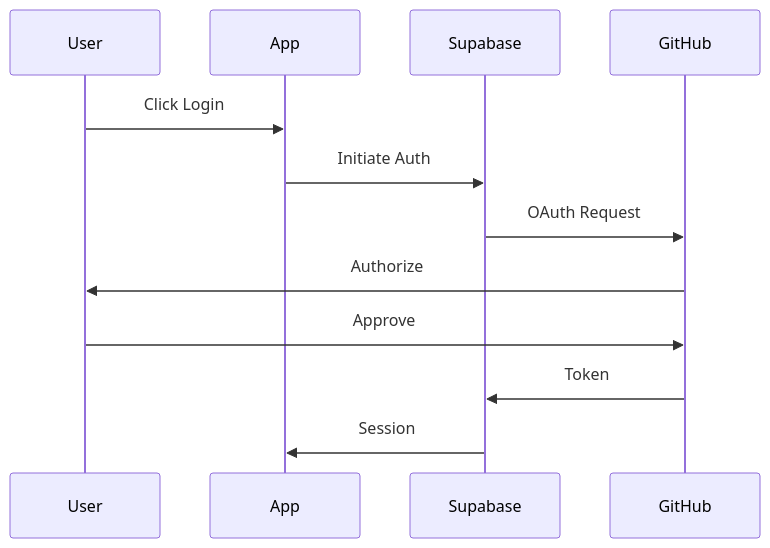
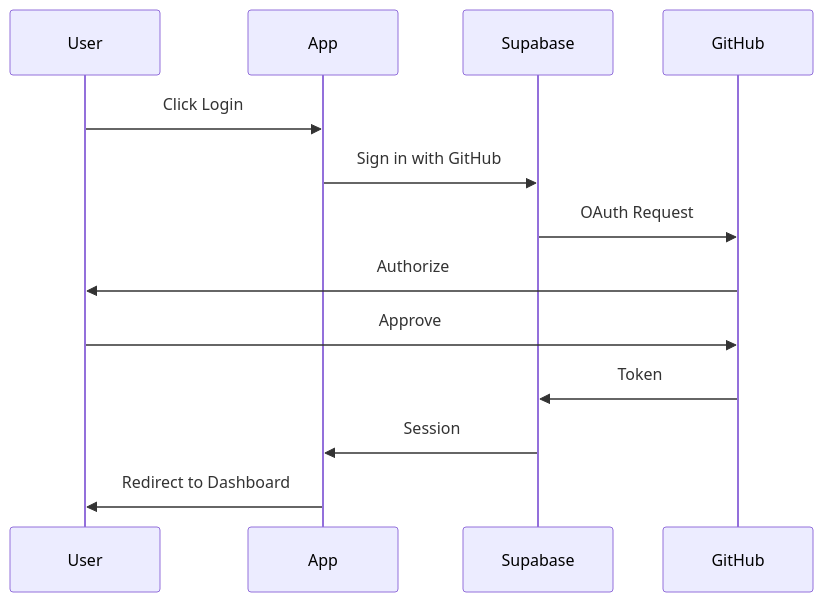
One commit to marcstampfli/gitfables changed the first of 2 diagrams in docs/architecture.md. Above: the diagram before and after it, drawn with Mermaid. The commit also changed other lines of this file and 7 other files, not shown here.

````diff
--- a/docs/architecture.md
+++ b/docs/architecture.md
@@ -47,15 +40,16 @@
    ```mermaid
    sequenceDiagram
    participant User
    participant App
    participant Supabase
    participant GitHub
 
    User->>App: Click Login
-   App->>Supabase: Initiate Auth
+   App->>Supabase: Sign in with GitHub
    Supabase->>GitHub: OAuth Request
    GitHub->>User: Authorize
    User->>GitHub: Approve
    GitHub->>Supabase: Token
    Supabase->>App: Session
+   App->>User: Redirect to Dashboard
    ```
````
